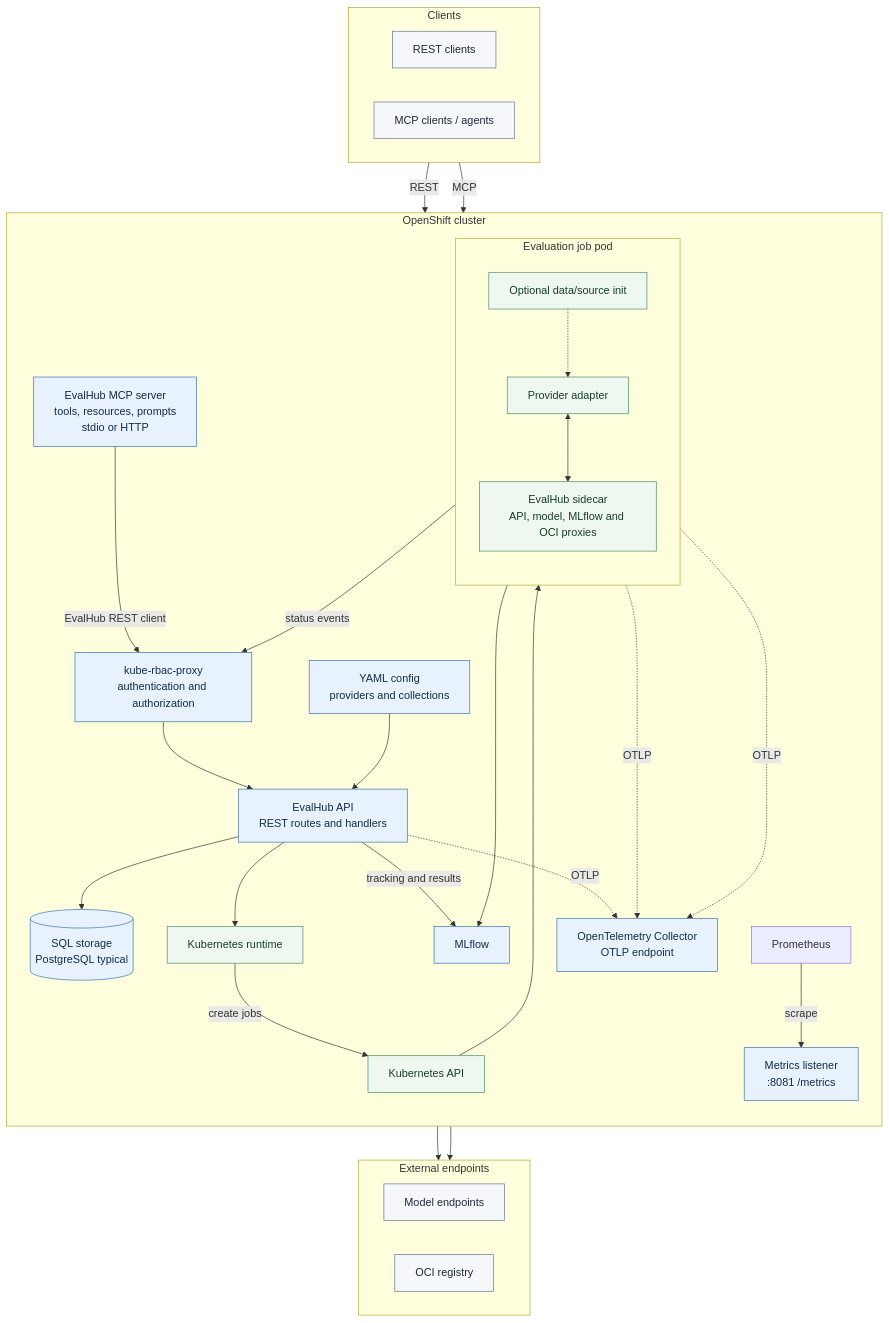
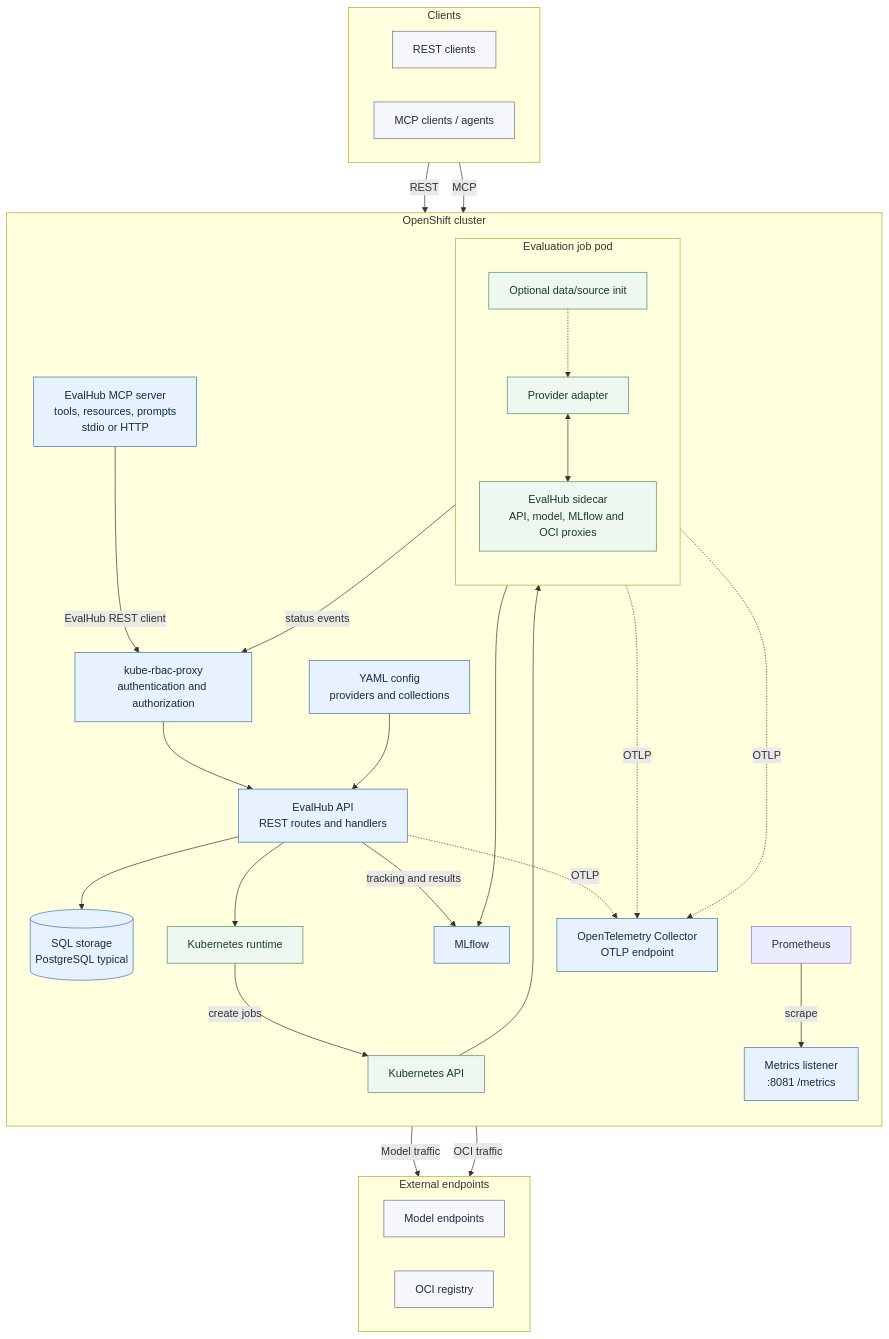
Before and after one commit to eval-hub/eval-hub: the first of 2 diagrams in README.md, drawn with Mermaid.

Commit message:
docs: label external endpoint traffic
Label the sidecar connections to model endpoints and the OCI registry.

````diff
--- a/README.md
+++ b/README.md
@@ -21,63 +21,63 @@
 ```mermaid
 flowchart TB
     subgraph clients[Clients]
         direction LR
         rest[REST clients]
         agents[MCP clients / agents]
     end
 
     subgraph openshift[OpenShift cluster]
         direction TB
         proxy[kube-rbac-proxy<br/>authentication and authorization]
         api[EvalHub API<br/>REST routes and handlers]
         mcp[EvalHub MCP server<br/>tools, resources, prompts<br/>stdio or HTTP]
         mlflow[MLflow]
         otelCollector[OpenTelemetry Collector<br/>OTLP endpoint]
         database[(SQL storage<br/>PostgreSQL typical)]
         config[YAML config<br/>providers and collections]
         metrics[Metrics listener<br/>:8081 /metrics]
         prometheus[Prometheus]
         runtime[Kubernetes runtime]
         kubeapi[Kubernetes API]
         subgraph job[Evaluation job pod]
             direction TB
             init[Optional data/source init]
             adapter[Provider adapter]
             sidecar[EvalHub sidecar<br/>API, model, MLflow and OCI proxies]
             init -.-> adapter
             adapter <--> sidecar
         end
     end
 
     subgraph externalEndpoints[External endpoints]
         direction LR
         model[Model endpoints]
         registry[OCI registry]
     end
 
     rest -->|REST| proxy
     proxy --> api
     agents -->|MCP| mcp
     mcp -->|EvalHub REST client| proxy
     api --> database
     config --> api
     api --> runtime
     runtime -->|create jobs| kubeapi
     kubeapi --> job
     sidecar -->|status events| proxy
     sidecar --> mlflow
     api -->|tracking and results| mlflow
-    sidecar --> model
-    sidecar --> registry
+    sidecar -->|Model traffic| model
+    sidecar -->|OCI traffic| registry
     prometheus -->|scrape| metrics
     api -. OTLP .-> otelCollector
     adapter -. OTLP .-> otelCollector
     sidecar -. OTLP .-> otelCollector
 
     classDef external fill:#f5f7fa,stroke:#64748b,color:#1e293b
     classDef service fill:#e8f2ff,stroke:#3973ac,color:#142b45
     classDef runtimeNode fill:#eef8f1,stroke:#4b8b62,color:#193d26
     class rest,agents,model,registry external
     class proxy,api,mcp,mlflow,otelCollector,database,config,metrics service
     class runtime,kubeapi,init,adapter,sidecar runtimeNode
 ```
````
